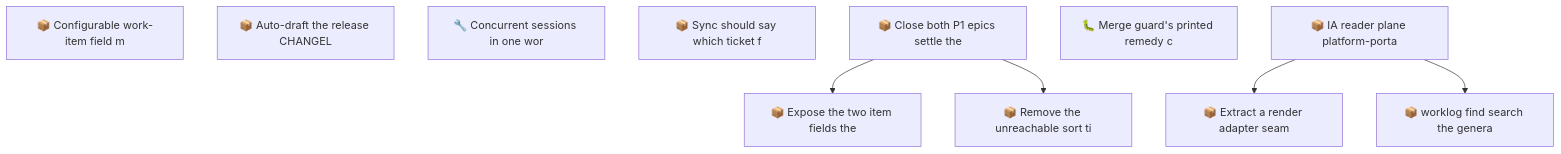
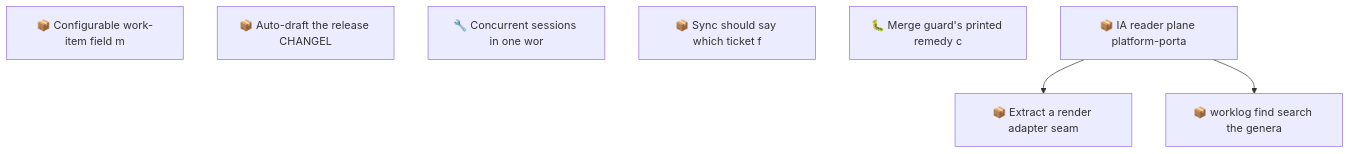
Before and after one commit to SpillwaveSolutions/wiki_ticket_sdd: the second of 2 diagrams in docs/roadmap.md, drawn with Mermaid. The commit also changed other lines of this file and 19 other files, not shown here.

````diff
--- a/docs/roadmap.md
+++ b/docs/roadmap.md
@@ -84,18 +71,13 @@
 ```mermaid
 graph TD
     01KY5NE0ZYGBWG44N0KPEBFCZ8["📦 Configurable work-item field m"]
     01KYAC0AC01R4C6W7YY1X8NVRV["📦 Auto-draft the release CHANGEL"]
     01KYNHEV5GCR1MDNECAXFT0GK2["🔧 Concurrent sessions in one wor"]
     01KYNHEVDSD4BTASXCTV88Q80Q["📦 Sync should say which ticket f"]
-    01KYTJGK2WMX6PNMYQDFFFPGTP["📦 Close both P1 epics settle the"]
-    01KYTJGK2X700NYTZHB0JDE6Q1["📦 Expose the two item fields the"]
-    01KYTJGK2X98H9T7VVR879B0XC["📦 Remove the unreachable sort ti"]
     01KYWGJD1QCQRM6V6S0MWN5SCW["🐛 Merge guard's printed remedy c"]
     01KYWGM3KPNQNSWV03FRG23ADB["📦 IA reader plane platform-porta"]
     01KYWGM3R13Q33YZ3PJA3V7QMD["📦 Extract a render adapter seam"]
     01KYWGM3W958F3QK4HB52X1Q1X["📦 worklog find search the genera"]
-    01KYTJGK2WMX6PNMYQDFFFPGTP --> 01KYTJGK2X700NYTZHB0JDE6Q1
-    01KYTJGK2WMX6PNMYQDFFFPGTP --> 01KYTJGK2X98H9T7VVR879B0XC
     01KYWGM3KPNQNSWV03FRG23ADB --> 01KYWGM3R13Q33YZ3PJA3V7QMD
     01KYWGM3KPNQNSWV03FRG23ADB --> 01KYWGM3W958F3QK4HB52X1Q1X
 ```
````
